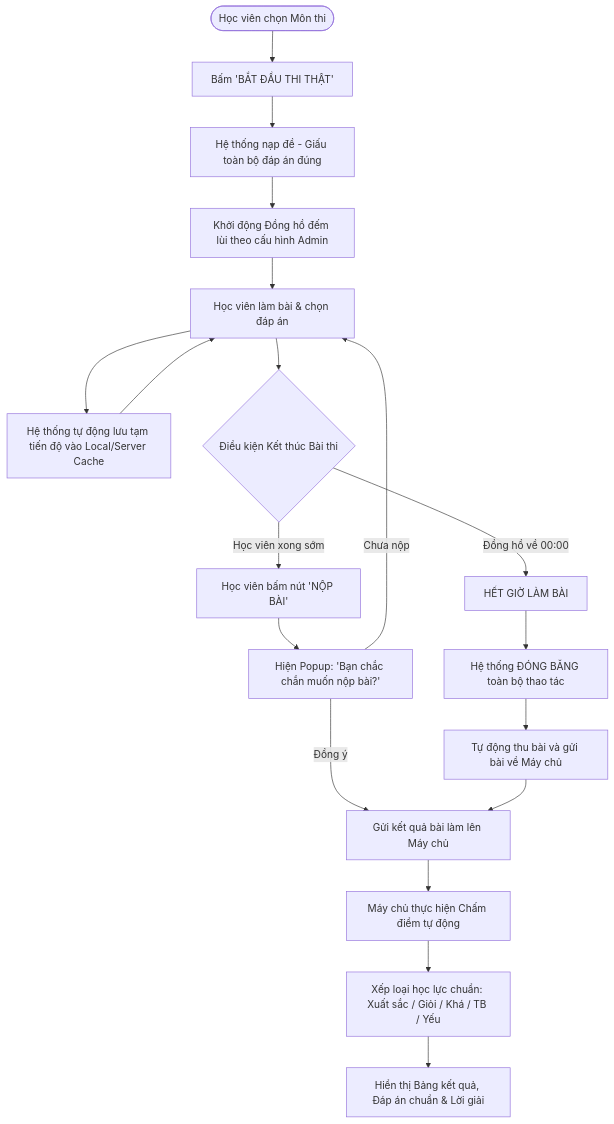
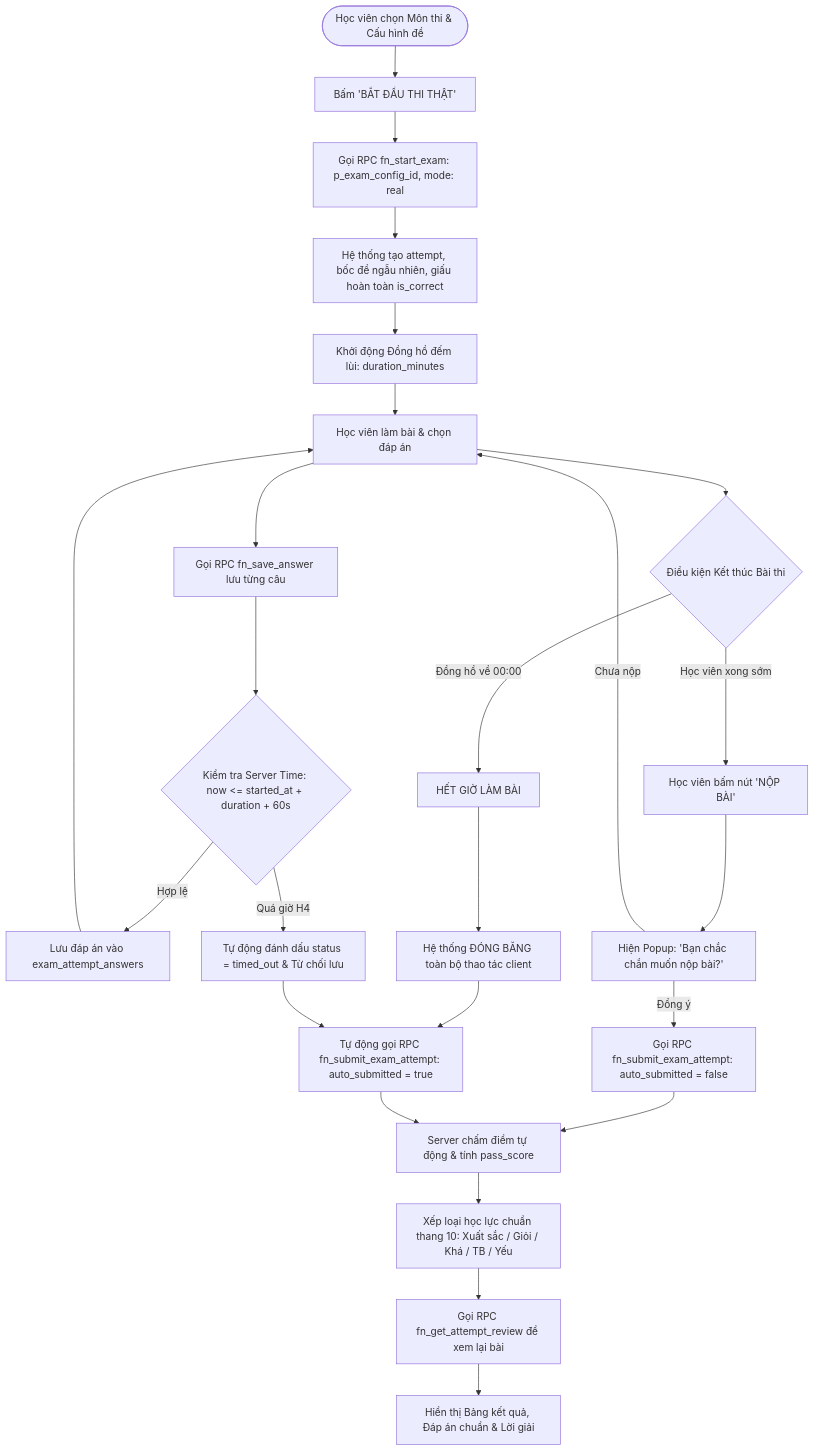
One commit to sunlight3d/VietIS changed the diagram in vibercodeDate21-09-2026/exam-app/flows/04-thi-that-tu-dong-nop-bai.md. Above: the diagram before and after it, drawn with Mermaid. The commit also changed other lines of this file and 10 other files, not shown here.

Commit message:
feat(security): lock direct table writes on exam_attempts/answers, govern 100% via RPCs closing H1-H4

````diff
--- a/vibercodeDate21-09-2026/exam-app/flows/04-thi-that-tu-dong-nop-bai.md
+++ b/vibercodeDate21-09-2026/exam-app/flows/04-thi-that-tu-dong-nop-bai.md
@@ -11,26 +11,32 @@
 ```mermaid
 flowchart TD
-    Start([Học viên chọn Môn thi]) --> ClickReal[Bấm 'BẮT ĐẦU THI THẬT']
-    ClickReal --> ServerFetch[Hệ thống nạp đề - Giấu toàn bộ đáp án đúng]
-    ServerFetch --> StartTimer[Khởi động Đồng hồ đếm lùi theo cấu hình Admin]
+    Start([Học viên chọn Môn thi & Cấu hình đề]) --> ClickReal[Bấm 'BẮT ĐẦU THI THẬT']
+    ClickReal --> CallStartRPC[Gọi RPC fn_start_exam: p_exam_config_id, mode: real]
+    CallStartRPC --> ServerFetch[Hệ thống tạo attempt, bốc đề ngẫu nhiên, giấu hoàn toàn is_correct]
+    ServerFetch --> StartTimer[Khởi động Đồng hồ đếm lùi: duration_minutes]
     
     StartTimer --> ExamLoop[Học viên làm bài & chọn đáp án]
-    ExamLoop --> AutoSave[Hệ thống tự động lưu tạm tiến độ vào Local/Server Cache]
-    AutoSave --> ExamLoop
+    ExamLoop --> CallSaveRPC[Gọi RPC fn_save_answer lưu từng câu]
+    CallSaveRPC --> CheckServerTime{Kiểm tra Server Time: now <= started_at + duration + 60s}
+    CheckServerTime -->|Hợp lệ| SaveSuccess[Lưu đáp án vào exam_attempt_answers]
+    CheckServerTime -->|Quá giờ H4| AutoTimeout[Tự động đánh dấu status = timed_out & Từ chối lưu]
+    SaveSuccess --> ExamLoop
     
     ExamLoop --> EndTrigger{Điều kiện Kết thúc Bài thi}
     
     EndTrigger -->|Học viên xong sớm| ClickSubmit[Học viên bấm nút 'NỘP BÀI']
     ClickSubmit --> ConfirmModal[Hiện Popup: 'Bạn chắc chắn muốn nộp bài?']
     ConfirmModal -->|Chưa nộp| ExamLoop
-    ConfirmModal -->|Đồng ý| SendServer[Gửi kết quả bài làm lên Máy chủ]
+    ConfirmModal -->|Đồng ý| CallSubmitRPC[Gọi RPC fn_submit_exam_attempt: auto_submitted = false]
     
     EndTrigger -->|Đồng hồ về 00:00| TimeOutEvent[HẾT GIỜ LÀM BÀI]
-    TimeOutEvent --> FreezeUI[Hệ thống ĐÓNG BĂNG toàn bộ thao tác]
-    FreezeUI --> AutoSubmit[Tự động thu bài và gửi bài về Máy chủ]
-    AutoSubmit --> SendServer
+    TimeOutEvent --> FreezeUI[Hệ thống ĐÓNG BĂNG toàn bộ thao tác client]
+    FreezeUI --> AutoSubmitRPC[Tự động gọi RPC fn_submit_exam_attempt: auto_submitted = true]
     
-    SendServer --> GradeExam[Máy chủ thực hiện Chấm điểm tự động]
-    GradeExam --> CalcRank[Xếp loại học lực chuẩn: Xuất sắc / Giỏi / Khá / TB / Yếu]
-    CalcRank --> ShowResult[Hiển thị Bảng kết quả, Đáp án chuẩn & Lời giải]
+    AutoTimeout --> AutoSubmitRPC
+    CallSubmitRPC --> GradeExam[Server chấm điểm tự động & tính pass_score]
+    AutoSubmitRPC --> GradeExam
+    GradeExam --> CalcRank[Xếp loại học lực chuẩn thang 10: Xuất sắc / Giỏi / Khá / TB / Yếu]
+    CalcRank --> CallReviewRPC[Gọi RPC fn_get_attempt_review để xem lại bài]
+    CallReviewRPC --> ShowResult[Hiển thị Bảng kết quả, Đáp án chuẩn & Lời giải]
 ```
````
